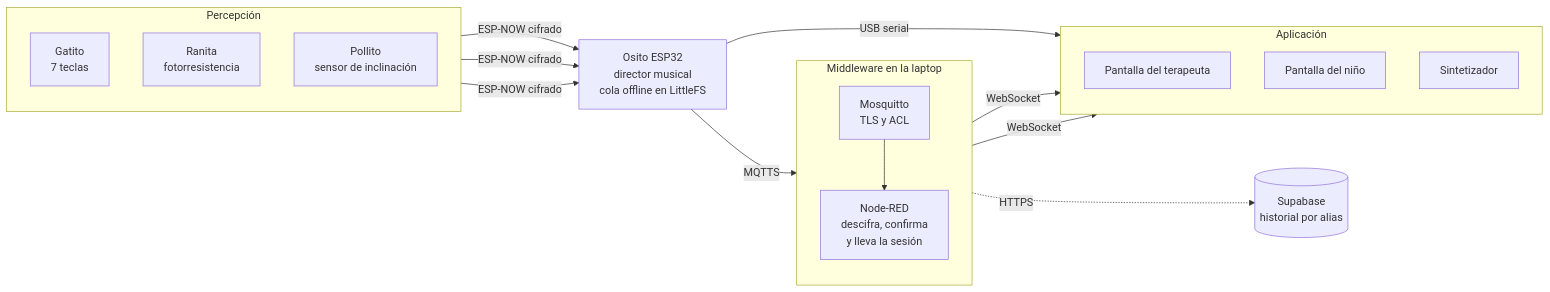
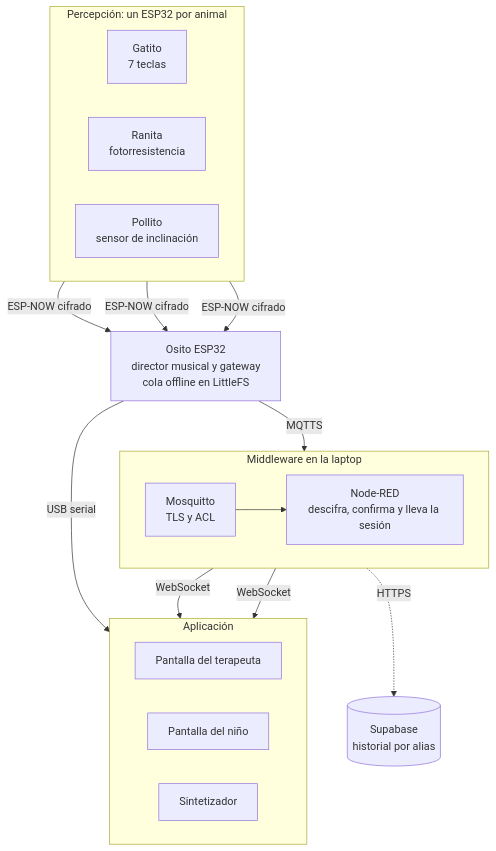
The first of 2 diagrams in README.md (Kasinfire/Proyecto-IoT), drawn with Mermaid before and after one commit.

Commit message:
Dibujar la arquitectura de arriba hacia abajo para que se lea mejor

````diff
--- a/README.md
+++ b/README.md
@@ -61,36 +61,36 @@
 ```mermaid
-flowchart LR
-    subgraph percepcion["Percepción"]
-        direction TB
+flowchart TB
+    subgraph percepcion["Percepción: un ESP32 por animal"]
+        direction LR
         gatito["Gatito<br/>7 teclas"]
         ranita["Ranita<br/>fotorresistencia"]
         pollito["Pollito<br/>sensor de inclinación"]
     end
 
-    osito["Osito ESP32<br/>director musical<br/>cola offline en LittleFS"]
+    osito["Osito ESP32<br/>director musical y gateway<br/>cola offline en LittleFS"]
 
     subgraph middleware["Middleware en la laptop"]
-        direction TB
+        direction LR
         broker["Mosquitto<br/>TLS y ACL"]
-        nodered["Node-RED<br/>descifra, confirma<br/>y lleva la sesión"]
+        nodered["Node-RED<br/>descifra, confirma y lleva la sesión"]
     end
 
     subgraph aplicacion["Aplicación"]
-        direction TB
+        direction LR
         terapeuta["Pantalla del terapeuta"]
         nino["Pantalla del niño"]
         sinte["Sintetizador"]
     end
 
     supabase[("Supabase<br/>historial por alias")]
 
     gatito -->|ESP-NOW cifrado| osito
     ranita -->|ESP-NOW cifrado| osito
     pollito -->|ESP-NOW cifrado| osito
     osito -->|MQTTS| broker
     broker --> nodered
     osito -->|USB serial| sinte
     nodered -->|WebSocket| terapeuta
     nodered -->|WebSocket| nino
     nodered -.->|HTTPS| supabase
 ```
````
